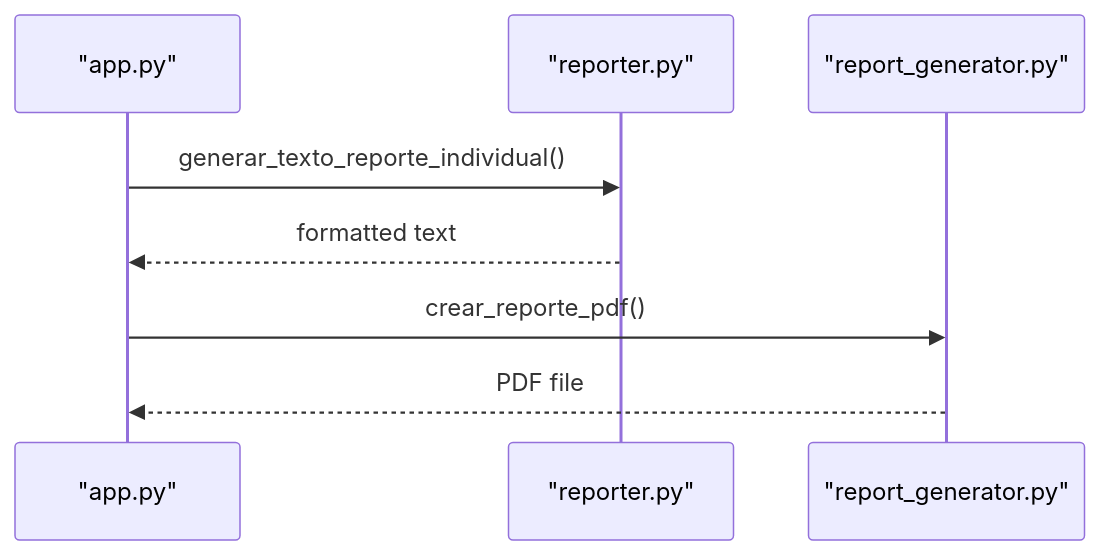
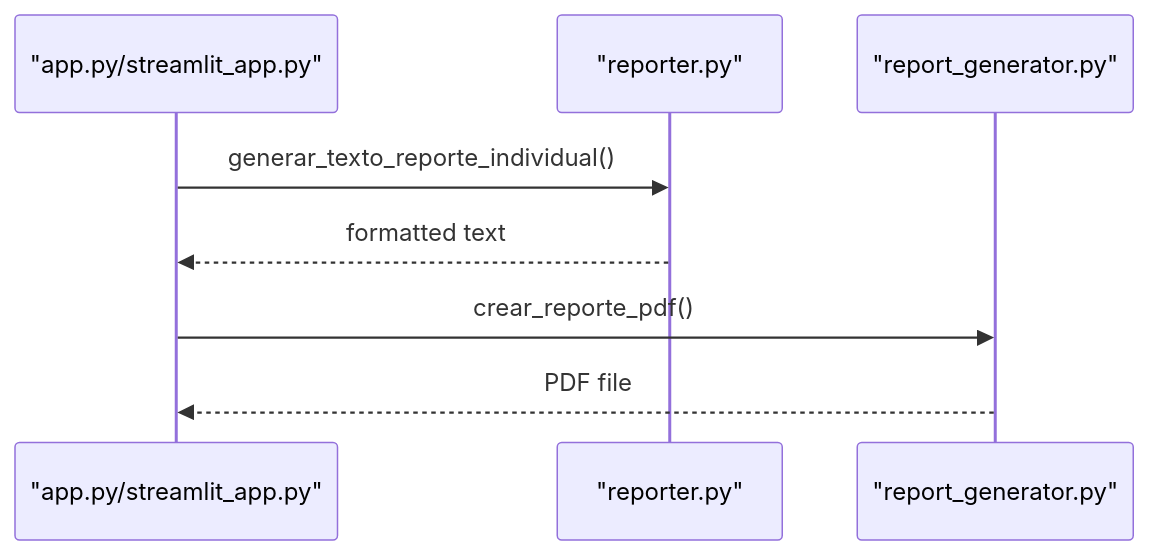
The seventh of 9 diagrams in .qoder/repowiki/en/content/Core Processing Engine/Training Management.md (AgusCatra/Proyecto-titan.v2), drawn with Mermaid before and after one commit. The commit also changed other lines of this file and 36 other files, not shown here.

````diff
--- a/.qoder/repowiki/en/content/Core Processing Engine/Training Management.md
+++ b/.qoder/repowiki/en/content/Core Processing Engine/Training Management.md
@@ -229,10 +277,10 @@
 ```mermaid
 sequenceDiagram
-participant App as "app.py"
+participant App as "app.py/streamlit_app.py"
 participant Reporter as "reporter.py"
 participant Gen as "report_generator.py"
 App->>Reporter : generar_texto_reporte_individual()
 Reporter-->>App : formatted text
 App->>Gen : crear_reporte_pdf()
 Gen-->>App : PDF file
 ```
````
